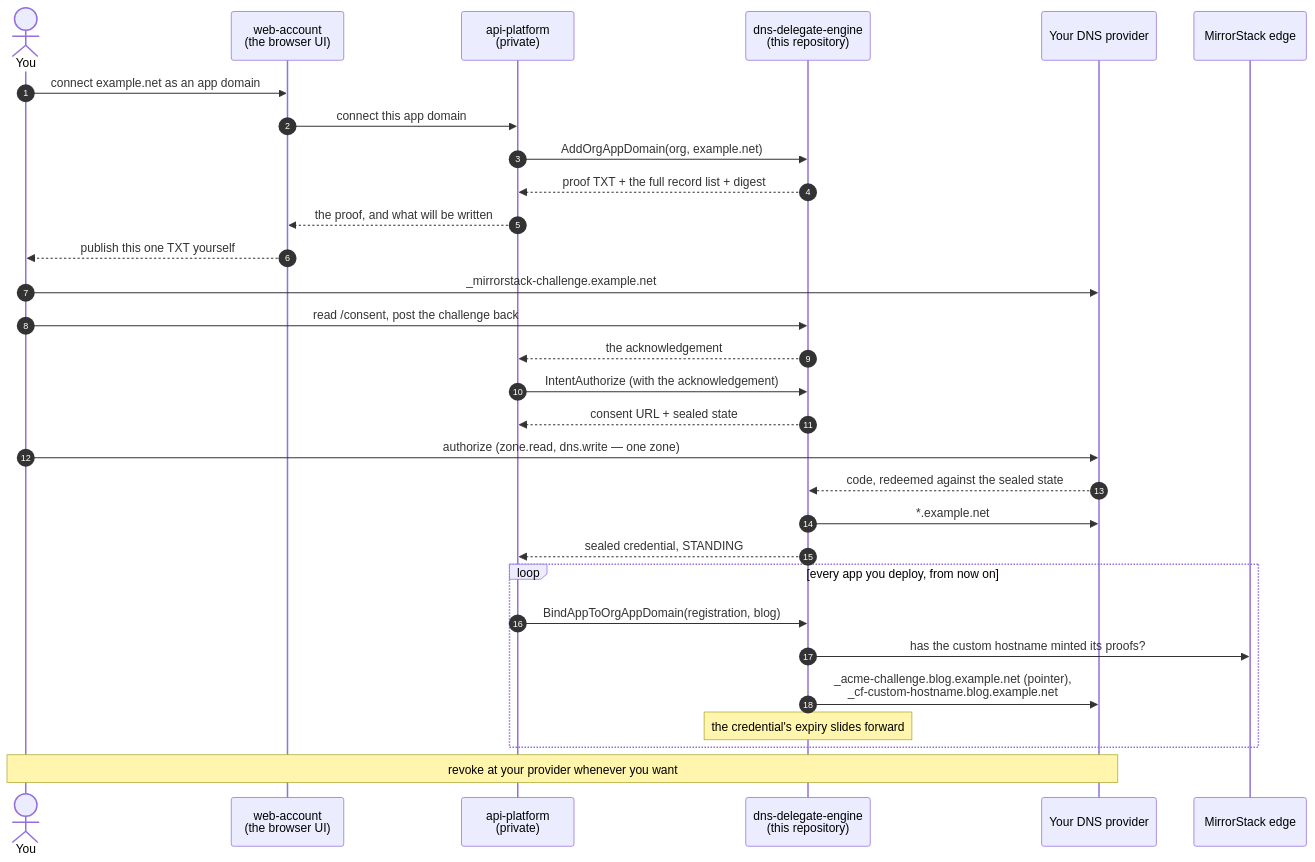
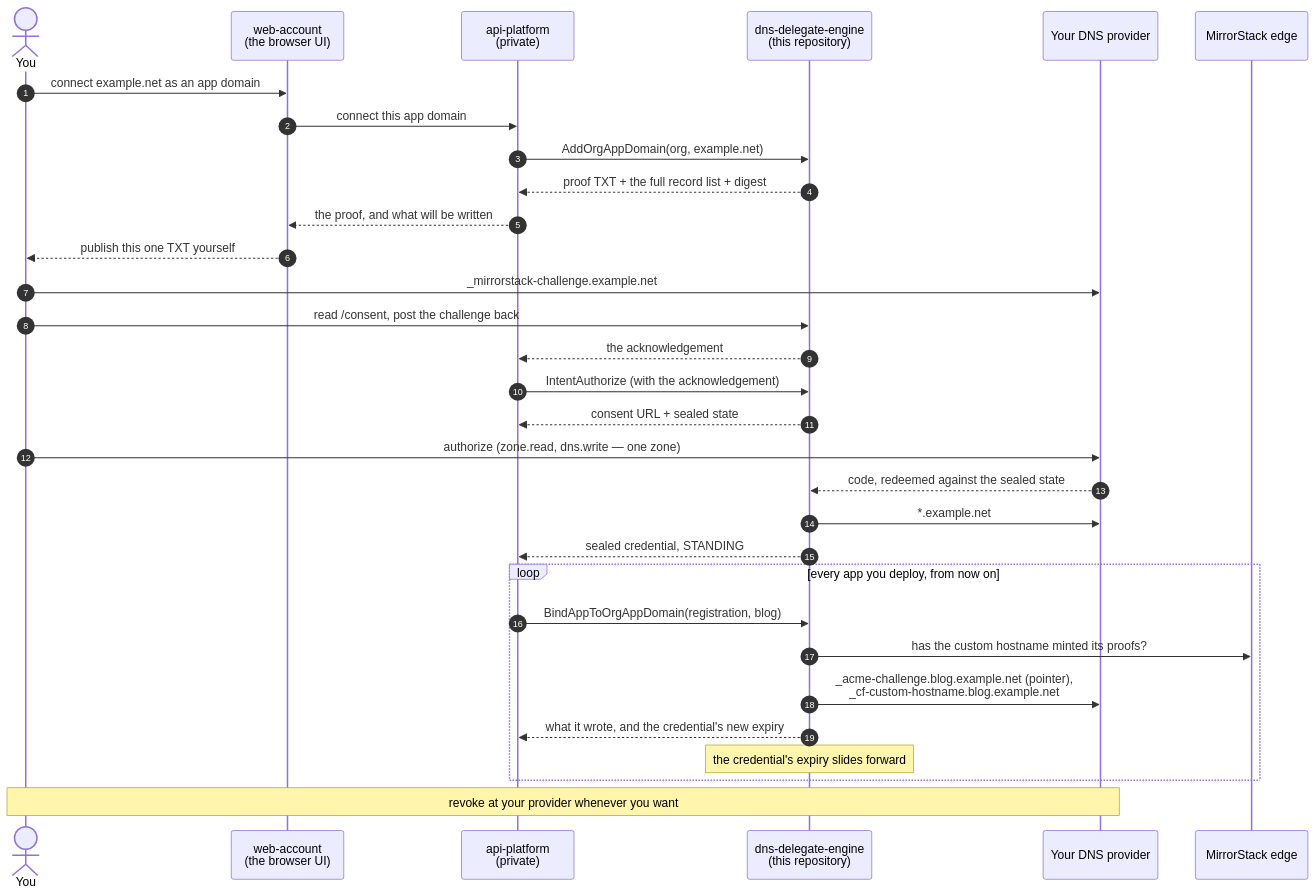
One commit to mirrorstack-ai/dns-delegate-engine changed the second of 4 diagrams in README.md. Above: the diagram before and after it, drawn with Mermaid. The commit also changed other lines of this file, not shown here.

````diff
--- a/README.md
+++ b/README.md
@@ -304,37 +309,38 @@
 ```mermaid
 sequenceDiagram
     autonumber
     actor You
     participant Web as web-account<br/>(the browser UI)
     participant API as api-platform<br/>(private)
     participant Engine as dns-delegate-engine<br/>(this repository)
     participant CF as Your DNS provider
     participant Edge as MirrorStack edge
 
     You->>Web: connect example.net as an app domain
     Web->>API: connect this app domain
     API->>Engine: AddOrgAppDomain(org, example.net)
     Engine-->>API: proof TXT + the full record list + digest
     API-->>Web: the proof, and what will be written
     Web-->>You: publish this one TXT yourself
 
     You->>CF: _mirrorstack-challenge.example.net
     You->>Engine: read /consent, post the challenge back
     Engine-->>API: the acknowledgement
     API->>Engine: IntentAuthorize (with the acknowledgement)
     Engine-->>API: consent URL + sealed state
 
     You->>CF: authorize (zone.read, dns.write — one zone)
     CF-->>Engine: code, redeemed against the sealed state
     Engine->>CF: *.example.net
     Engine-->>API: sealed credential, STANDING
 
     loop every app you deploy, from now on
         API->>Engine: BindAppToOrgAppDomain(registration, blog)
         Engine->>Edge: has the custom hostname minted its proofs?
         Engine->>CF: _acme-challenge.blog.example.net (pointer),<br/>_cf-custom-hostname.blog.example.net
+        Engine-->>API: what it wrote, and the credential's new expiry
         Note over Engine: the credential's expiry slides forward
     end
 
     Note over You,CF: revoke at your provider whenever you want
 ```
````
